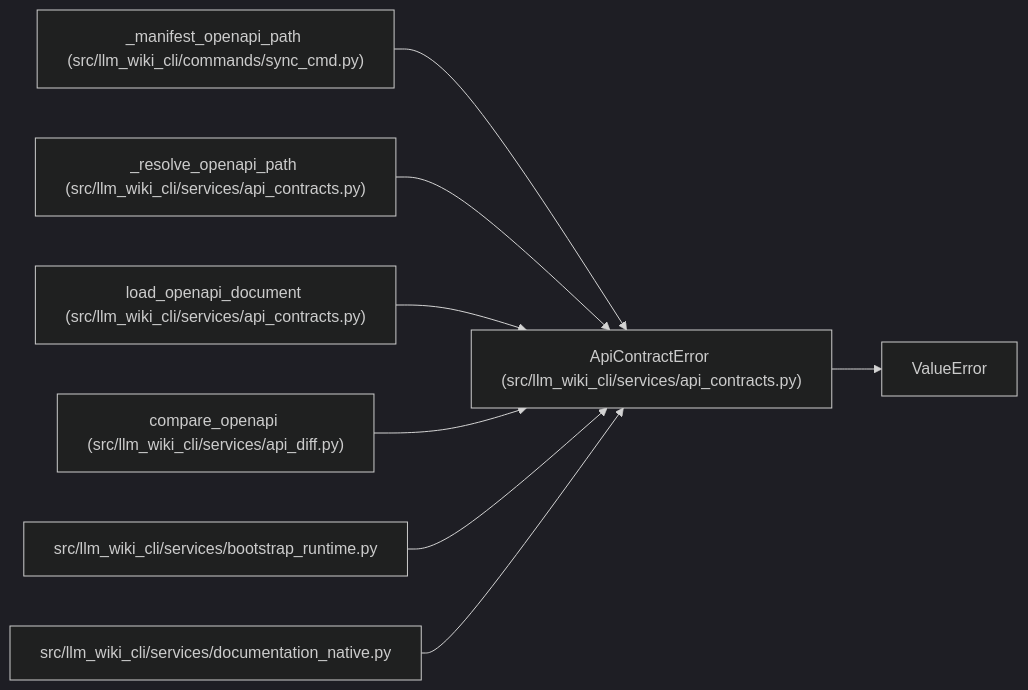
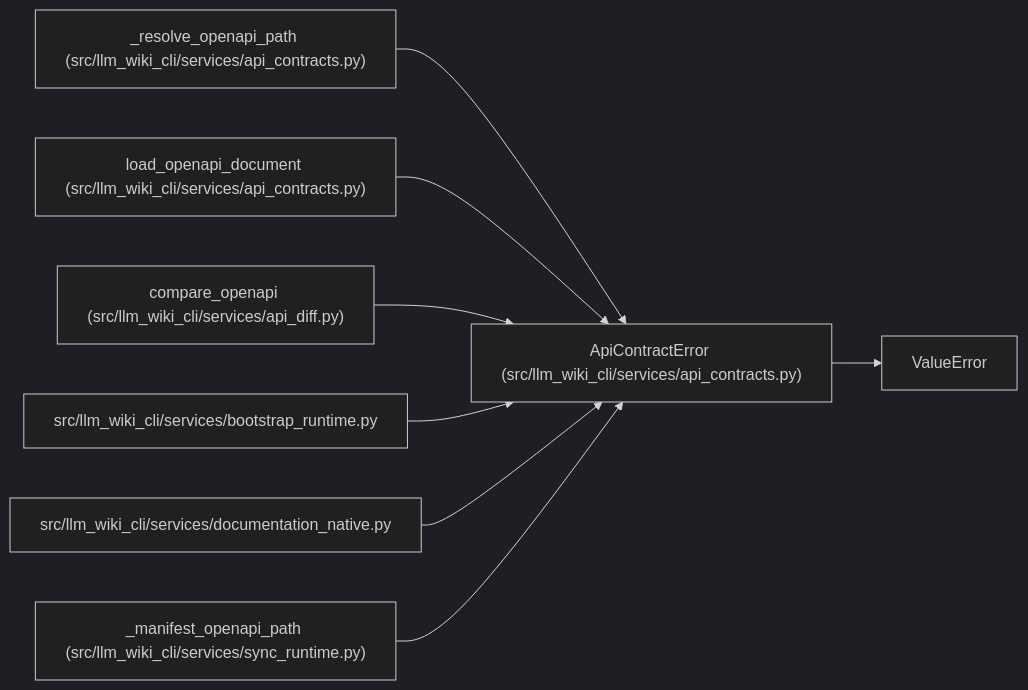
One commit to Denissvgn/python-wiki-llm changed the diagram in docs/llm_wiki/entities/ApiContractError.md. Above: the diagram before and after it, drawn with Mermaid (dark theme). The commit also changed other lines of this file and 1555 other files, not shown here.

````diff
--- a/docs/llm_wiki/entities/ApiContractError.md
+++ b/docs/llm_wiki/entities/ApiContractError.md
@@ -23,25 +23,25 @@
 ```mermaid
 flowchart LR
     n0["ApiContractError (src/llm_wiki_cli/services/api_contracts.py)"]
     n1["ValueError"]
-    n2["_manifest_openapi_path (src/llm_wiki_cli/commands/sync_cmd.py)"]
-    n3["_resolve_openapi_path (src/llm_wiki_cli/services/api_contracts.py)"]
-    n4["load_openapi_document (src/llm_wiki_cli/services/api_contracts.py)"]
-    n5["compare_openapi (src/llm_wiki_cli/services/api_diff.py)"]
-    n6["src/llm_wiki_cli/services/bootstrap_runtime.py"]
-    n7["src/llm_wiki_cli/services/documentation_native.py"]
+    n2["_resolve_openapi_path (src/llm_wiki_cli/services/api_contracts.py)"]
+    n3["load_openapi_document (src/llm_wiki_cli/services/api_contracts.py)"]
+    n4["compare_openapi (src/llm_wiki_cli/services/api_diff.py)"]
+    n5["src/llm_wiki_cli/services/bootstrap_runtime.py"]
+    n6["src/llm_wiki_cli/services/documentation_native.py"]
+    n7["_manifest_openapi_path (src/llm_wiki_cli/services/sync_runtime.py)"]
     n0 --> n1
     n2 --> n0
     n3 --> n0
     n4 --> n0
     n5 --> n0
     n6 --> n0
     n7 --> n0
     click n0 "../modules/api_contracts.md"
-    click n2 "../modules/sync_cmd.md"
+    click n2 "../modules/api_contracts.md"
     click n3 "../modules/api_contracts.md"
-    click n4 "../modules/api_contracts.md"
-    click n5 "../modules/api_diff.md"
-    click n6 "../modules/bootstrap_runtime.md"
-    click n7 "../modules/documentation_native.md"
+    click n4 "../modules/api_diff.md"
+    click n5 "../modules/bootstrap_runtime.md"
+    click n6 "../modules/documentation_native.md"
+    click n7 "../modules/sync_runtime.md"
 ```
````
